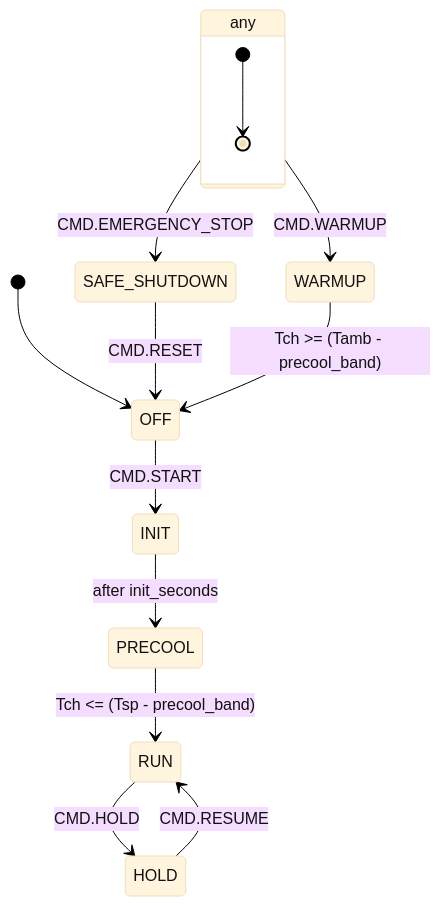
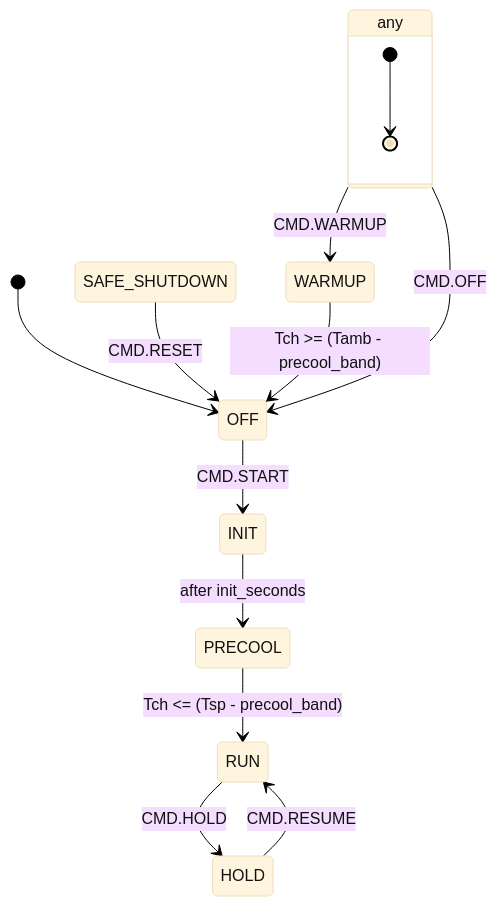
The diagram in docs/mermaid/state_machine.mmd (verysys-pal/DCM_CCV2), drawn with Mermaid before and after one commit. The commit also changed 14 other files, not shown here.

```diff
--- a/docs/mermaid/state_machine.mmd
+++ b/docs/mermaid/state_machine.mmd
@@ -1,21 +1,21 @@
 %%{init: {"theme":"base","themeVariables":{
 "background":"#ffffff",
 "primaryTextColor":"#111111"
 }}}%%
 
 %% Operating state machine (Simulator)
 stateDiagram-v2
   [*] --> OFF
   OFF --> INIT: CMD.START
   INIT --> PRECOOL: after init_seconds
   PRECOOL --> RUN: Tch <= (Tsp - precool_band)
   RUN --> HOLD: CMD.HOLD
   HOLD --> RUN: CMD.RESUME
   any --> WARMUP: CMD.WARMUP
-  any --> SAFE_SHUTDOWN: CMD.EMERGENCY_STOP
+  any --> OFF: CMD.OFF
   SAFE_SHUTDOWN --> OFF: CMD.RESET
   WARMUP --> OFF: Tch >= (Tamb - precool_band)
 
   state any {
     [*] --> [*]
   }
```
